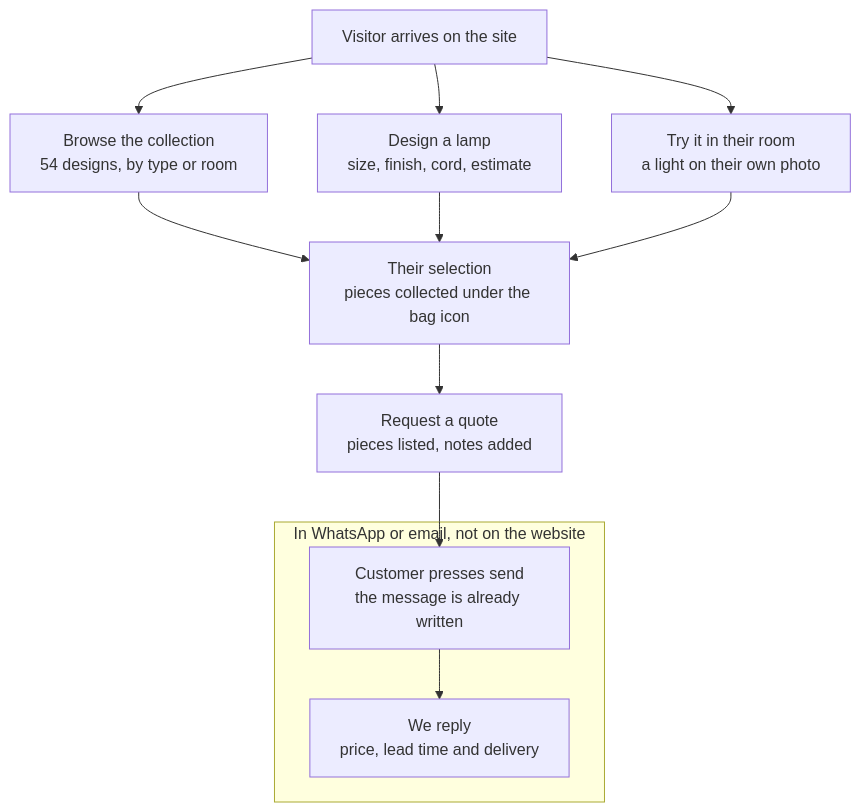
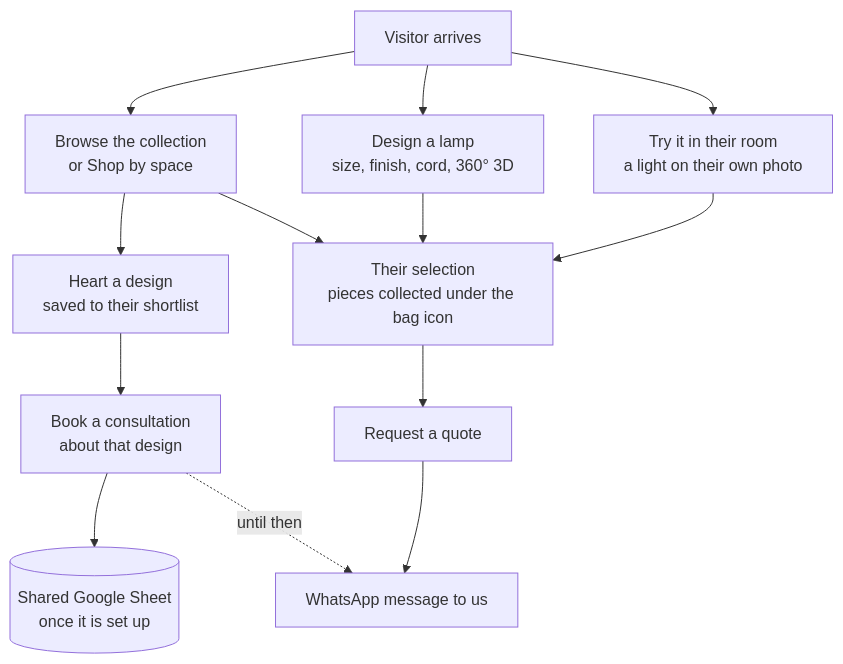
One commit to Ykashef97/Lumoostudio30 changed the diagram in docs/WEBSITE-GUIDE.md. Above: the diagram before and after it, drawn with Mermaid. The commit also changed other lines of this file and 23 other files, not shown here.

First line of the commit message:
Add 360° 3D designer, space pages, Contact/About, consultations

````diff
--- a/docs/WEBSITE-GUIDE.md
+++ b/docs/WEBSITE-GUIDE.md
@@ -26,16 +26,15 @@
 ```mermaid
 flowchart TD
-    A[Visitor arrives on the site] --> B[Browse the collection<br/>54 designs, by type or room]
-    A --> C[Design a lamp<br/>size, finish, cord, estimate]
+    A[Visitor arrives] --> B[Browse the collection<br/>or Shop by space]
+    A --> C[Design a lamp<br/>size, finish, cord, 360° 3D]
     A --> D[Try it in their room<br/>a light on their own photo]
-    B --> E[Their selection<br/>pieces collected under the bag icon]
-    C --> E
-    D --> E
-    E --> F[Request a quote<br/>pieces listed, notes added]
-    subgraph outside [In WhatsApp or email, not on the website]
-        G[Customer presses send<br/>the message is already written]
-        H[We reply<br/>price, lead time and delivery]
-        G --> H
-    end
-    F --> G
+    B --> E[Heart a design<br/>saved to their shortlist]
+    C --> F[Their selection<br/>pieces collected under the bag icon]
+    B --> F
+    D --> F
+    E --> G[Book a consultation<br/>about that design]
+    F --> H[Request a quote]
+    G --> I[(Shared Google Sheet<br/>once it is set up)]
+    G -.until then.-> J
+    H --> J[WhatsApp message to us]
 ```
````
